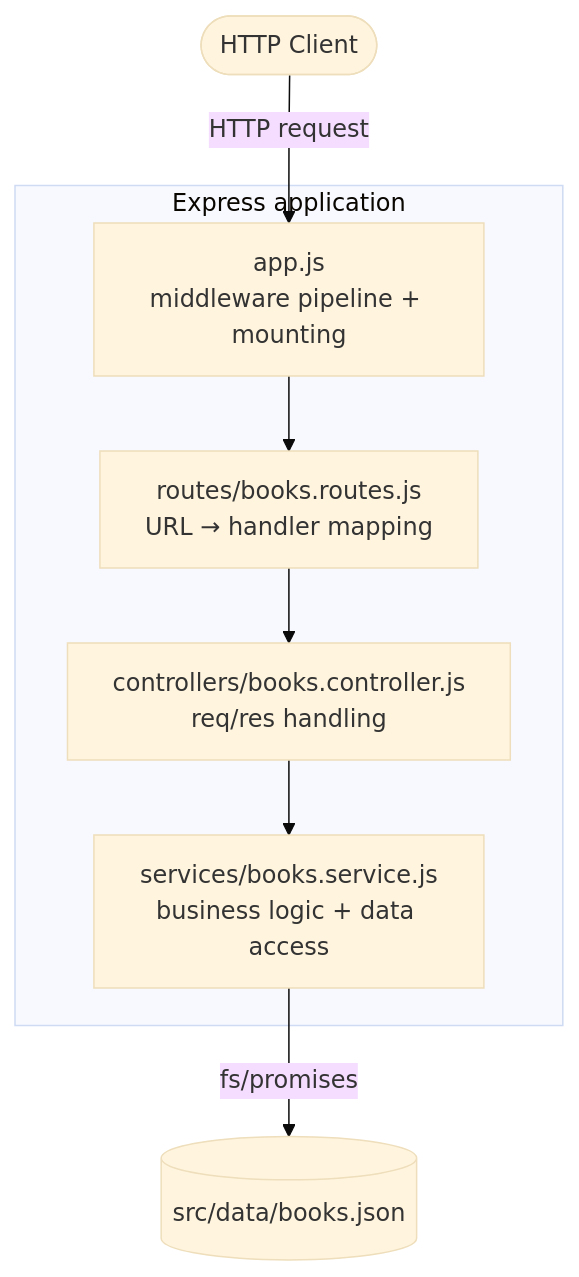
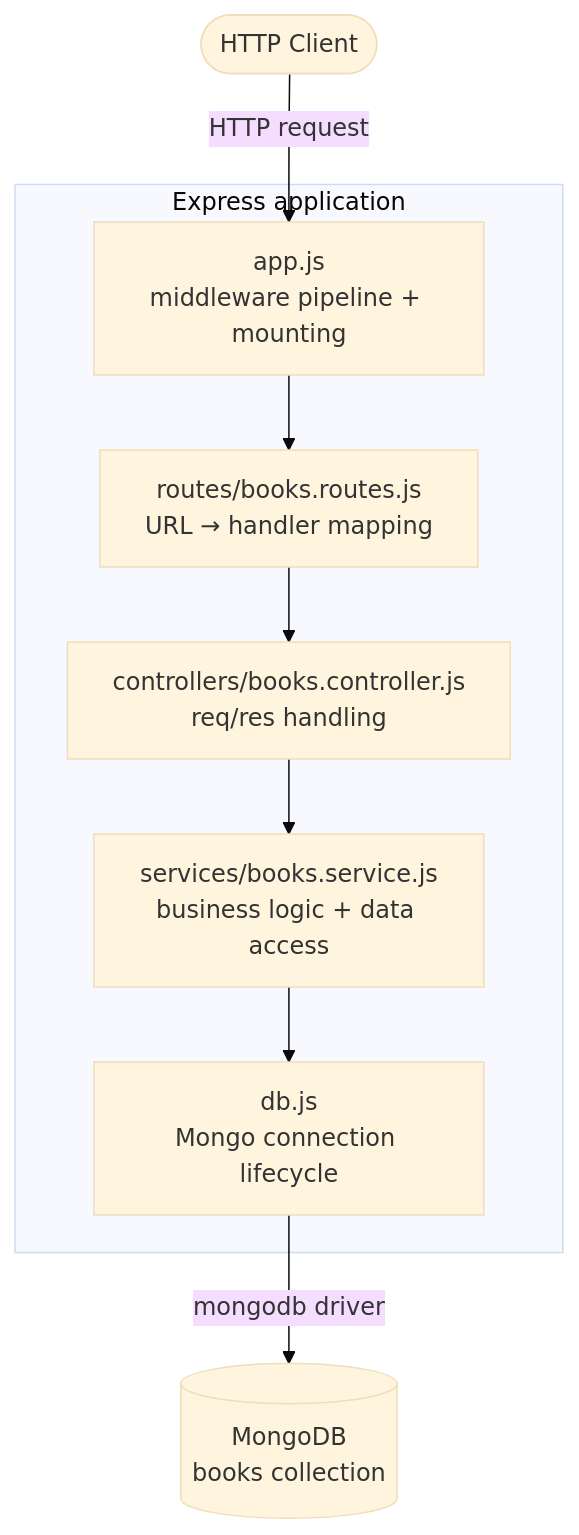
The first of 5 diagrams in docs/ARCHITECTURE.md (das77/fsep-node-express-api), drawn with Mermaid (base theme) before and after one commit. The commit also changed other lines of this file, not shown here.

Commit message:
feat: update architecture documentation to reflect MongoDB integration and connection lifecycle

````diff
--- a/docs/ARCHITECTURE.md
+++ b/docs/ARCHITECTURE.md
@@ -9,17 +9,19 @@
 ```mermaid
 flowchart TD
     Client([HTTP Client])
     subgraph "Express application"
         A[app.js<br/>middleware pipeline + mounting]
         R[routes/books.routes.js<br/>URL → handler mapping]
         C[controllers/books.controller.js<br/>req/res handling]
         S[services/books.service.js<br/>business logic + data access]
+    DB[db.js<br/>Mongo connection lifecycle]
     end
-    D[(src/data/books.json)]
+    D[(MongoDB<br/>books collection)]
 
     Client -->|HTTP request| A
     A --> R
     R --> C
     C --> S
-    S -->|fs/promises| D
+    S --> DB
+    DB -->|mongodb driver| D
 ```
````
